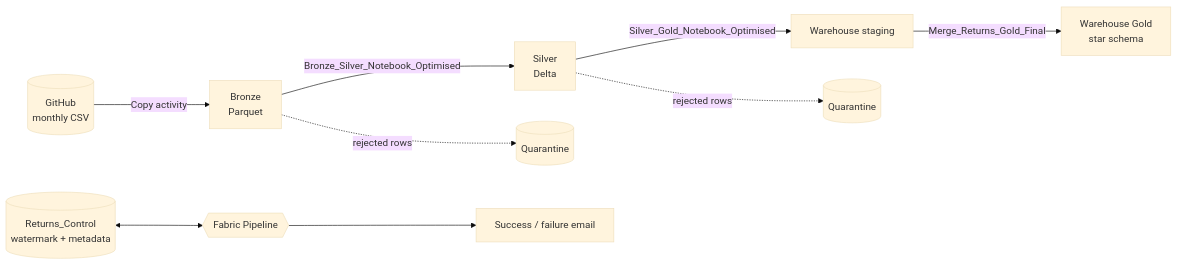
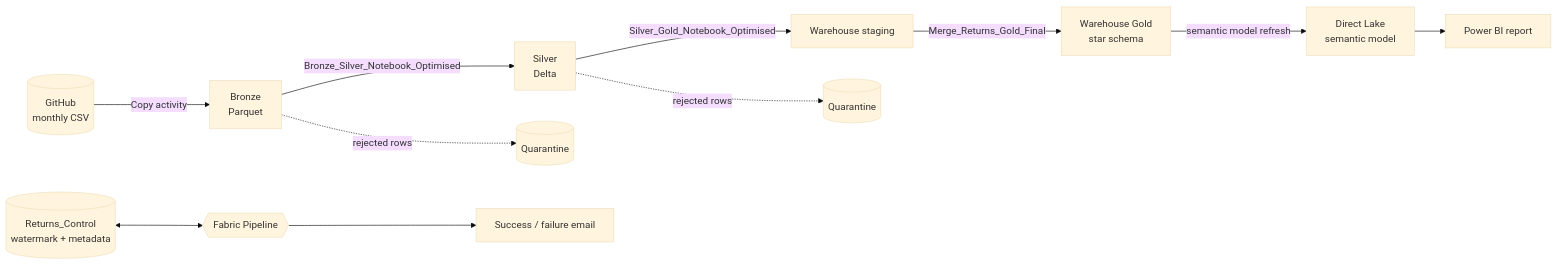
The first of 2 diagrams in README.md (AdarshDamarla-DataEngineer-Git/Fabric-Ecommerce-Return-Analytics), drawn with Mermaid (base theme) before and after one commit. The commit also changed other lines of this file and 10 other files, not shown here.

Commit message:
Add semantic model and report docs, Dim_Date script, 2024 schema-check demo files

````diff
--- a/README.md
+++ b/README.md
@@ -46,11 +48,13 @@
 ```mermaid
 flowchart LR
     GH[(GitHub<br/>monthly CSV)] -->|Copy activity| B[Bronze<br/>Parquet]
     B -->|Bronze_Silver_Notebook_Optimised| S[Silver<br/>Delta]
     B -.rejected rows.-> Q1[(Quarantine)]
     S -->|Silver_Gold_Notebook_Optimised| ST[Warehouse staging]
     S -.rejected rows.-> Q2[(Quarantine)]
     ST -->|Merge_Returns_Gold_Final| G[Warehouse Gold<br/>star schema]
+    G -->|semantic model refresh| SM[Direct Lake<br/>semantic model]
+    SM --> PBI[Power BI report]
     C[(Returns_Control<br/>watermark + metadata)] <--> P{{Fabric Pipeline}}
     P --> M[Success / failure email]
 ```
````
